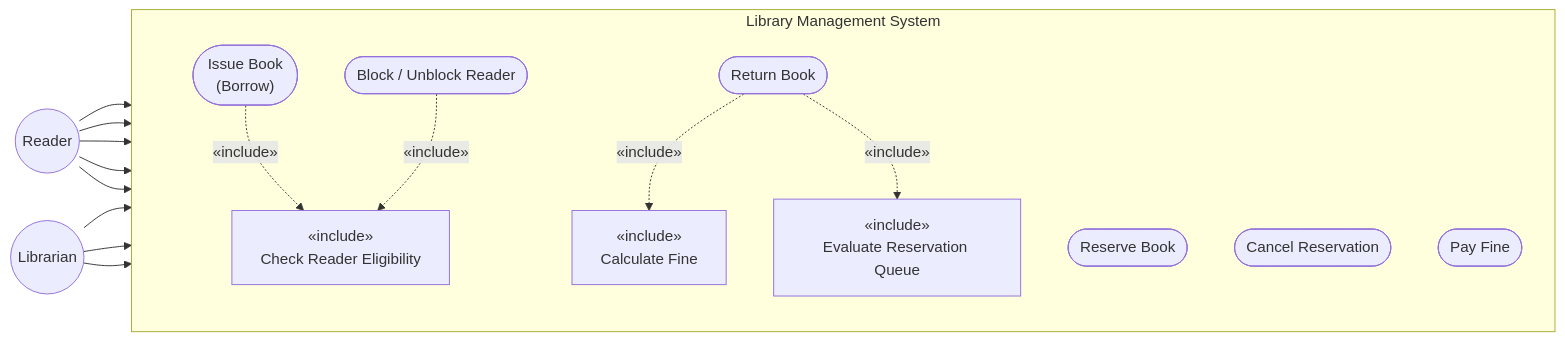
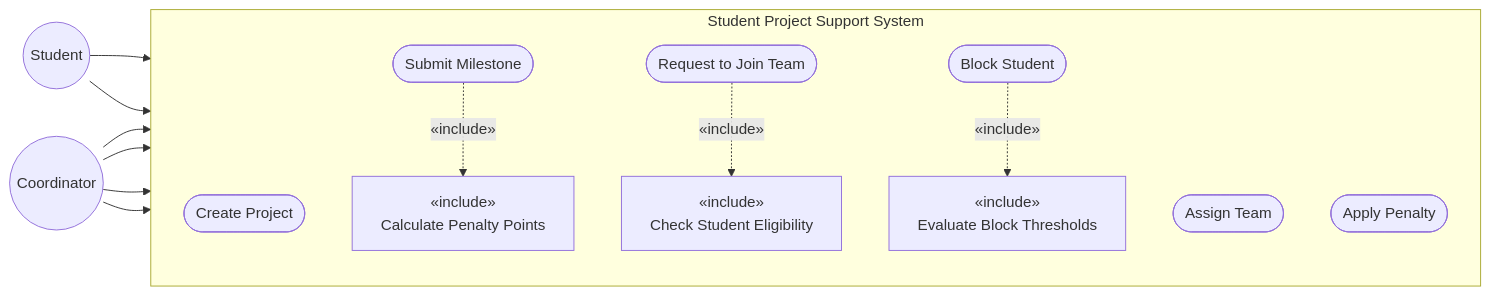
Before and after one commit to stanko-dev/library-management-system: the diagram in docs/diagrams/use-case.md, drawn with Mermaid. The commit also changed other lines of this file and 96 other files, not shown here.

Commit message:
feat: switch domain to student project support system

````diff
--- a/docs/diagrams/use-case.md
+++ b/docs/diagrams/use-case.md
@@ -8,40 +8,37 @@
 ```mermaid
 graph LR
     %% ── Actors ──────────────────────────────────────────────────────
-    Reader(("Reader"))
-    Librarian(("Librarian"))
+    Student(("Student"))
+    Coordinator(("Coordinator"))
 
     %% ── System boundary ─────────────────────────────────────────────
-    subgraph LMS ["Library Management System"]
+    subgraph SPSS ["Student Project Support System"]
         direction TB
 
-        UC1(["Issue Book\n(Borrow)"])
-        UC2(["Return Book"])
-        UC3(["Reserve Book"])
-        UC4(["Cancel Reservation"])
-        UC5(["Pay Fine"])
-        UC6(["Block / Unblock Reader"])
+        UC1(["Create Project"])
+        UC2(["Assign Team"])
+        UC3(["Submit Milestone"])
+        UC4(["Request to Join Team"])
+        UC5(["Apply Penalty"])
+        UC6(["Block Student"])
 
         %% ── «include» relationships ─────────────────────────────────
-        CHK["«include»\nCheck Reader Eligibility"]
-        CAL["«include»\nCalculate Fine"]
-        QUE["«include»\nEvaluate Reservation Queue"]
+        CAL["«include»\nCalculate Penalty Points"]
+        CHK["«include»\nCheck Student Eligibility"]
+        EVL["«include»\nEvaluate Block Thresholds"]
 
-        UC1 -.->|«include»| CHK
-        UC2 -.->|«include»| CAL
-        UC2 -.->|«include»| QUE
-        UC6 -.->|«include»| CHK
+        UC3 -.->|«include»| CAL
+        UC4 -.->|«include»| CHK
+        UC6 -.->|«include»| EVL
     end
 
-    %% ── Reader associations ─────────────────────────────────────────
-    Reader --> UC1
-    Reader --> UC2
-    Reader --> UC3
-    Reader --> UC4
-    Reader --> UC5
+    %% ── Student associations ─────────────────────────────────────────
+    Student --> UC3
+    Student --> UC4
 
-    %% ── Librarian associations ───────────────────────────────────────
-    Librarian --> UC1
-    Librarian --> UC2
-    Librarian --> UC6
+    %% ── Coordinator associations ─────────────────────────────────────
+    Coordinator --> UC1
+    Coordinator --> UC2
+    Coordinator --> UC5
+    Coordinator --> UC6
 ```
````
